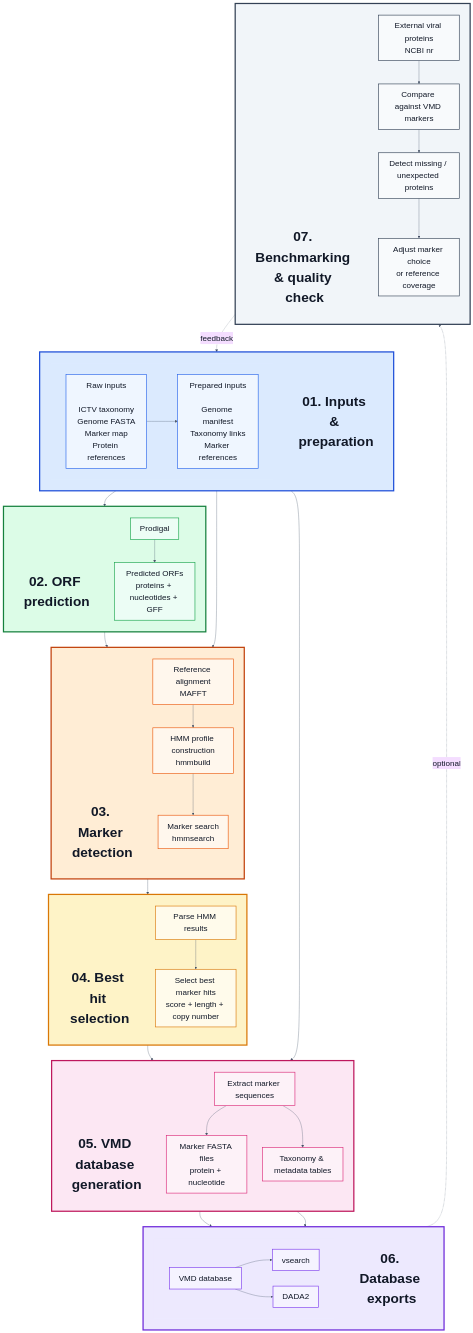
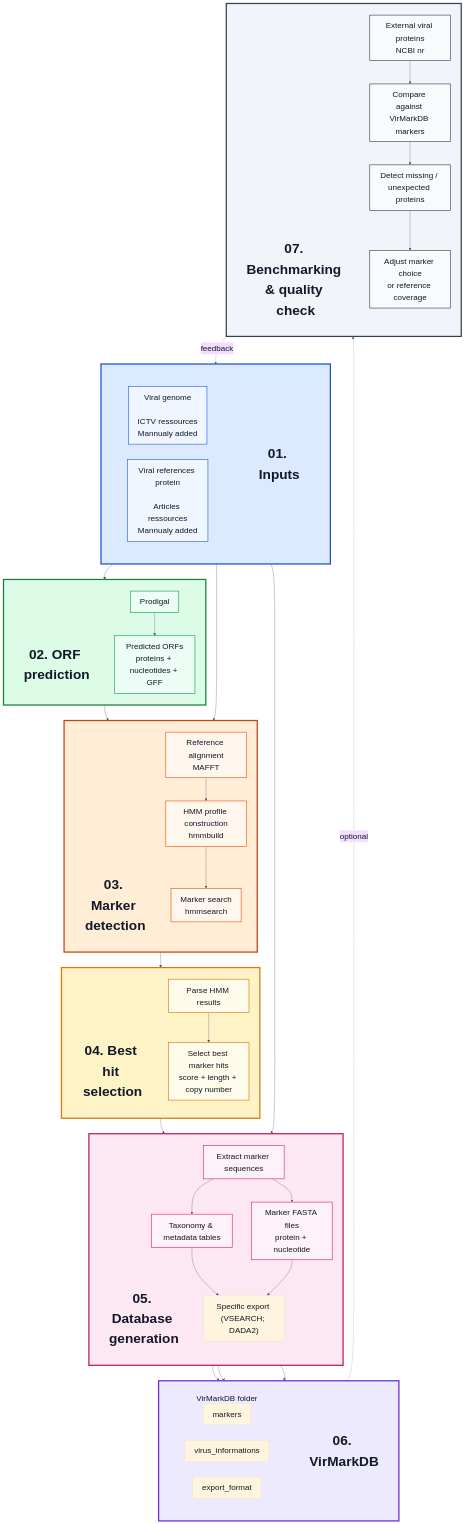
The diagram in README.md (Est-oup/VirMarkDB), drawn with Mermaid before and after one commit. The commit also changed other lines of this file and 7 other files, not shown here.

Commit message:
Update database name from VMD to VirMarkDB

````diff
--- a/README.md
+++ b/README.md
@@ -144,13 +144,13 @@
   subgraph INPUT[" "]
     direction TB
 
-    T1["<b style='font-size:44px'>01. Inputs & preparation</b>"]
+    T1["<b style='font-size:44px'>01. Inputs</b>"]
 
     subgraph INPUT_CONTENT[" "]
       direction LR
-      A1["Raw inputs<br/><br/>ICTV taxonomy<br/>Genome FASTA<br/>Marker map<br/>Protein references"]
-      A2["Prepared inputs<br/><br/>Genome manifest<br/>Taxonomy links<br/>Marker references"]
-      A1 --> A2
+      A1["Viral genome<br/><br/>ICTV ressources<br/>Mannualy added"]
+      A2["Viral references protein<br/><br/>Articles ressources<br/>Mannualy added"]
+
     end
   end
 
@@ -196,30 +196,34 @@
   subgraph DB[" "]
     direction TB
 
-    T5["<b style='font-size:44px'>05. VMD database generation</b>"]
+    T5["<b style='font-size:44px'>05. Database generation</b>"]
 
     E1["Extract marker sequences"]
     E2["Marker FASTA files<br/>protein + nucleotide"]
     E3["Taxonomy & metadata tables"]
+    E5["Specific export (VSEARCH; DADA2)"]
     E1 --> E2
     E1 --> E3
+    E3 --> E5
+    E2 --> E5
+
+
   end
 
-  %% 06. EXPORTS
+  %% 06. DATABASE
   
 
-  subgraph EXPORT[" "]
+  subgraph DATABASE[" "]
     direction TB
 
-    T6["<b style='font-size:44px'>06. Database exports</b>"]
+    T6["<b style='font-size:44px'>06. VirMarkDB</b>"]
 
-    subgraph EXPORT_CONTENT[" "]
+    subgraph Database_folder["VirMarkDB folder"]
       direction LR
-      F1["VMD database"]
-      F2["vsearch"]
-      F3["DADA2"]
-      F1 --> F2
-      F1 --> F3
+      F1["markers"]
+      F2["virus_informations"]
+      F3["export_format"]
+
     end
   end
 
@@ -231,7 +235,7 @@
     T7["<b style='font-size:44px'>07. Benchmarking & quality check</b>"]
 
     G1["External viral proteins<br/>NCBI nr"]
-    G2["Compare against VMD markers"]
+    G2["Compare against VirMarkDB markers"]
     G3["Detect missing / unexpected proteins"]
     G4["Adjust marker choice<br/>or reference coverage"]
     G1 --> G2 --> G3 --> G4
@@ -239,20 +243,21 @@
 
   %% MAIN WORKFLOW
 
-  A2 --> B1
+  A1 --> B1
   A2 --> C1
 
   B2 --> C3
   C3 --> D1
 
   D2 --> E1
-  A2 --> E3
+  A1 --> E3
 
-  E2 --> F1
-  E3 --> F1
+  E5 --> Database_folder
+  E3 --> Database_folder
+  E2 --> Database_folder
 
-  F1 -. optional .-> G2
-  G4 -. feedback .-> A1
+  Database_folder -. optional .-> G2
+  G4 -. feedback .-> INPUT_CONTENT
 
   %% NODE STYLES
 
@@ -263,7 +268,7 @@
   classDef detect fill:#FFF7ED,stroke:#EA580C,stroke-width:2px,color:#111827,font-size:26px;
   classDef select fill:#FFFBEB,stroke:#D97706,stroke-width:2px,color:#111827,font-size:26px;
   classDef db fill:#FDF2F8,stroke:#DB2777,stroke-width:2px,color:#111827,font-size:26px;
-  classDef export fill:#F5F3FF,stroke:#7C3AED,stroke-width:2px,color:#111827,font-size:26px;
+  classDef DATABASE fill:#F5F3FF,stroke:#7C3AED,stroke-width:2px,color:#111827,font-size:26px;
   classDef bench fill:#F8FAFC,stroke:#334155,stroke-width:2px,color:#111827,font-size:26px;
 
   class T1,T2,T3,T4,T5,T6,T7 title;
@@ -286,8 +291,8 @@
   style SELECT fill:#FEF3C7,stroke:#D97706,stroke-width:4px,color:#111827;
   style DB fill:#FCE7F3,stroke:#BE185D,stroke-width:4px,color:#111827;
 
-  style EXPORT fill:#EDE9FE,stroke:#6D28D9,stroke-width:4px,color:#111827;
-  style EXPORT_CONTENT fill:#EDE9FE,stroke:transparent,stroke-width:0px,color:#111827;
+  style DATABASE fill:#EDE9FE,stroke:#6D28D9,stroke-width:4px,color:#111827;
+  style Database_folder fill:#EDE9FE,stroke:transparent,stroke-width:0px,color:#111827;
 
   style BENCH fill:#F1F5F9,stroke:#334155,stroke-width:4px,color:#111827;
 ```
````
